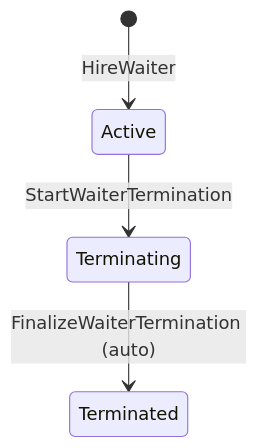
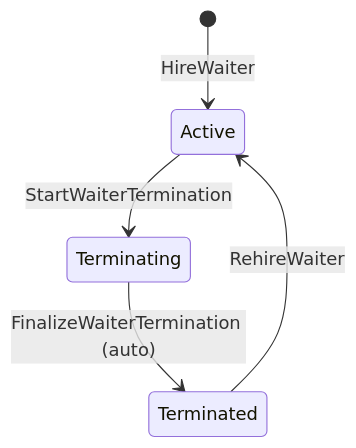
One commit to mmalessa/pizzeria changed the second of 3 diagrams in doc/08_resource_management_aggregates.md. Above: the diagram before and after it, drawn with Mermaid. The commit also changed other lines of this file and 27 other files, not shown here.

````diff
--- a/doc/08_resource_management_aggregates.md
+++ b/doc/08_resource_management_aggregates.md
@@ -45,6 +57,7 @@
 ```mermaid
 stateDiagram-v2
     [*] --> Active: HireWaiter
     Active --> Terminating: StartWaiterTermination
     Terminating --> Terminated: FinalizeWaiterTermination (auto)
+    Terminated --> Active: RehireWaiter
 ```
````
